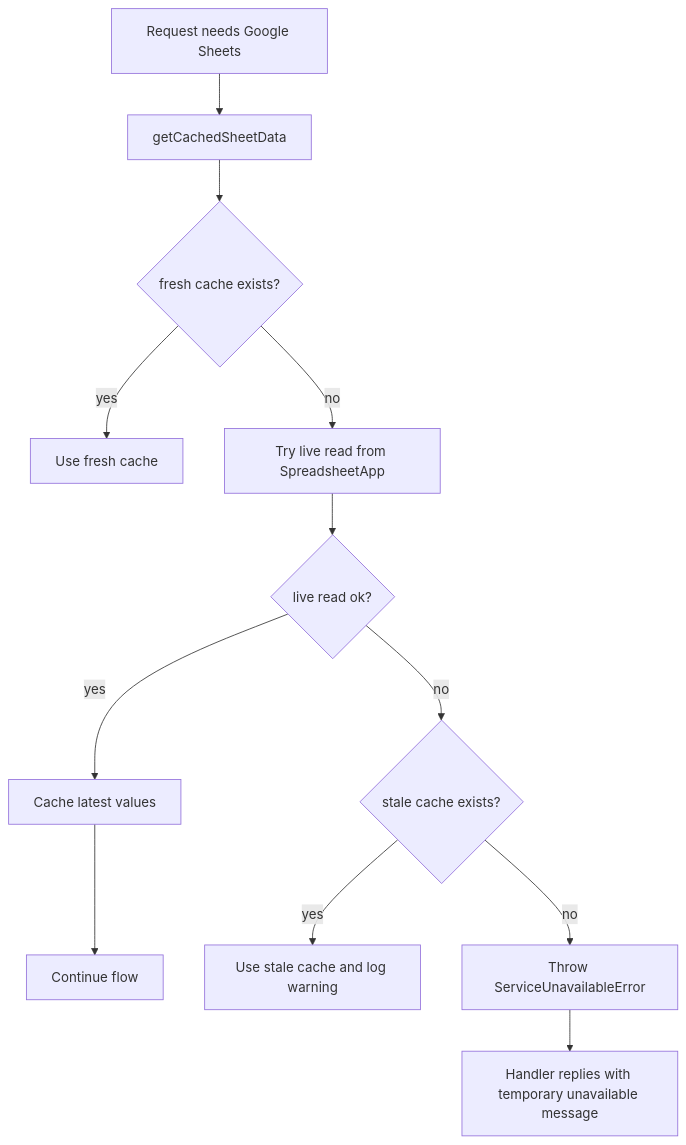
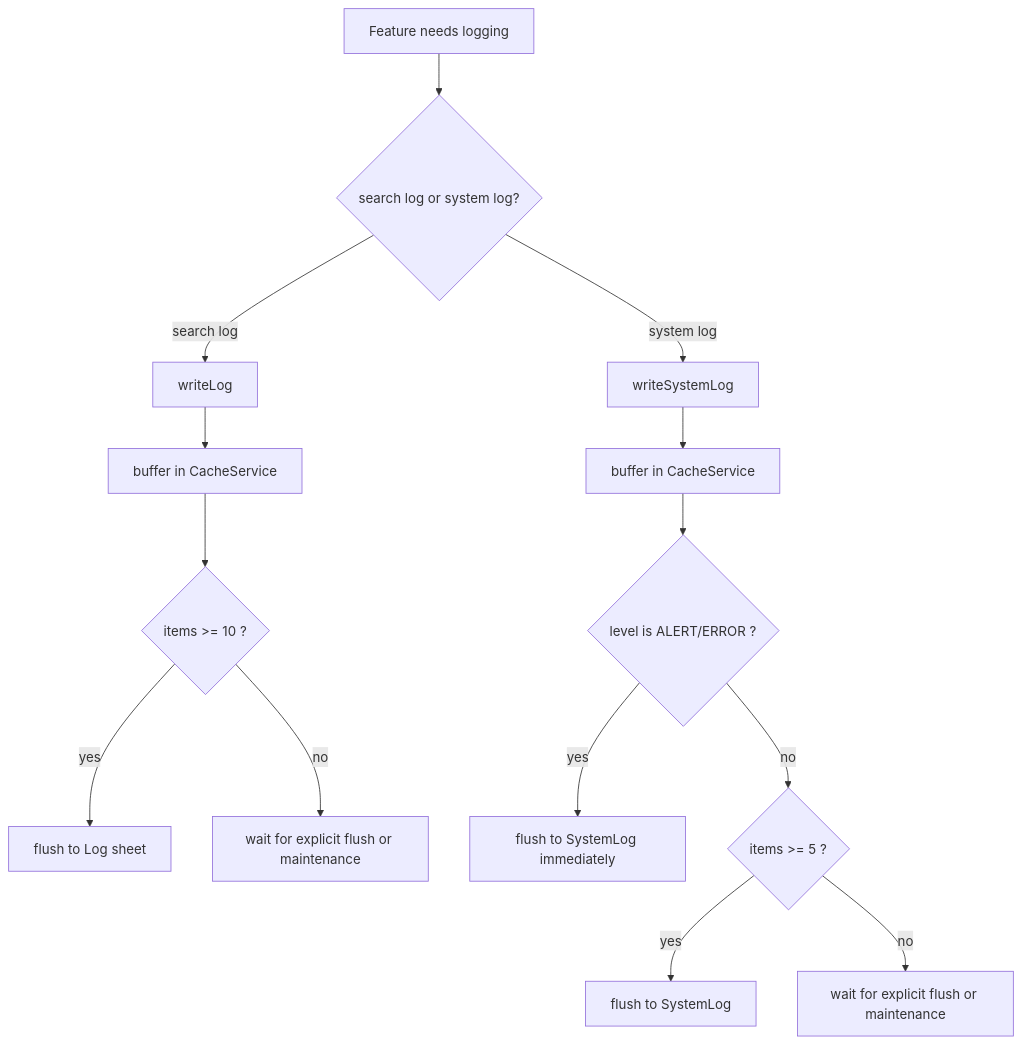
Before and after one commit to triphopy/village_vehicle_koolpuntville10: the sixth of 8 diagrams in docs/architecture-flow.md, drawn with Mermaid. The commit also changed other lines of this file and 5 other files, not shown here.

````diff
--- a/docs/architecture-flow.md
+++ b/docs/architecture-flow.md
@@ -153,14 +191,18 @@
 ```mermaid
 flowchart TD
-    A["Request needs Google Sheets"] --> B["getCachedSheetData"]
-    B --> C{"fresh cache exists?"}
-    C -- "yes" --> D["Use fresh cache"]
-    C -- "no" --> E["Try live read from SpreadsheetApp"]
-    E --> F{"live read ok?"}
-    F -- "yes" --> G["Cache latest values"]
-    G --> H["Continue flow"]
-    F -- "no" --> I{"stale cache exists?"}
-    I -- "yes" --> J["Use stale cache and log warning"]
-    I -- "no" --> K["Throw ServiceUnavailableError"]
-    K --> L["Handler replies with temporary unavailable message"]
+    A["Feature needs logging"] --> B{"search log or system log?"}
+    B -- "search log" --> C["writeLog"]
+    B -- "system log" --> D["writeSystemLog"]
+
+    C --> E["buffer in CacheService"]
+    E --> F{"items >= 10 ?"}
+    F -- "yes" --> G["flush to Log sheet"]
+    F -- "no" --> H["wait for explicit flush or maintenance"]
+
+    D --> I["buffer in CacheService"]
+    I --> J{"level is ALERT/ERROR ?"}
+    J -- "yes" --> K["flush to SystemLog immediately"]
+    J -- "no" --> L{"items >= 5 ?"}
+    L -- "yes" --> M["flush to SystemLog"]
+    L -- "no" --> N["wait for explicit flush or maintenance"]
 ```
````
